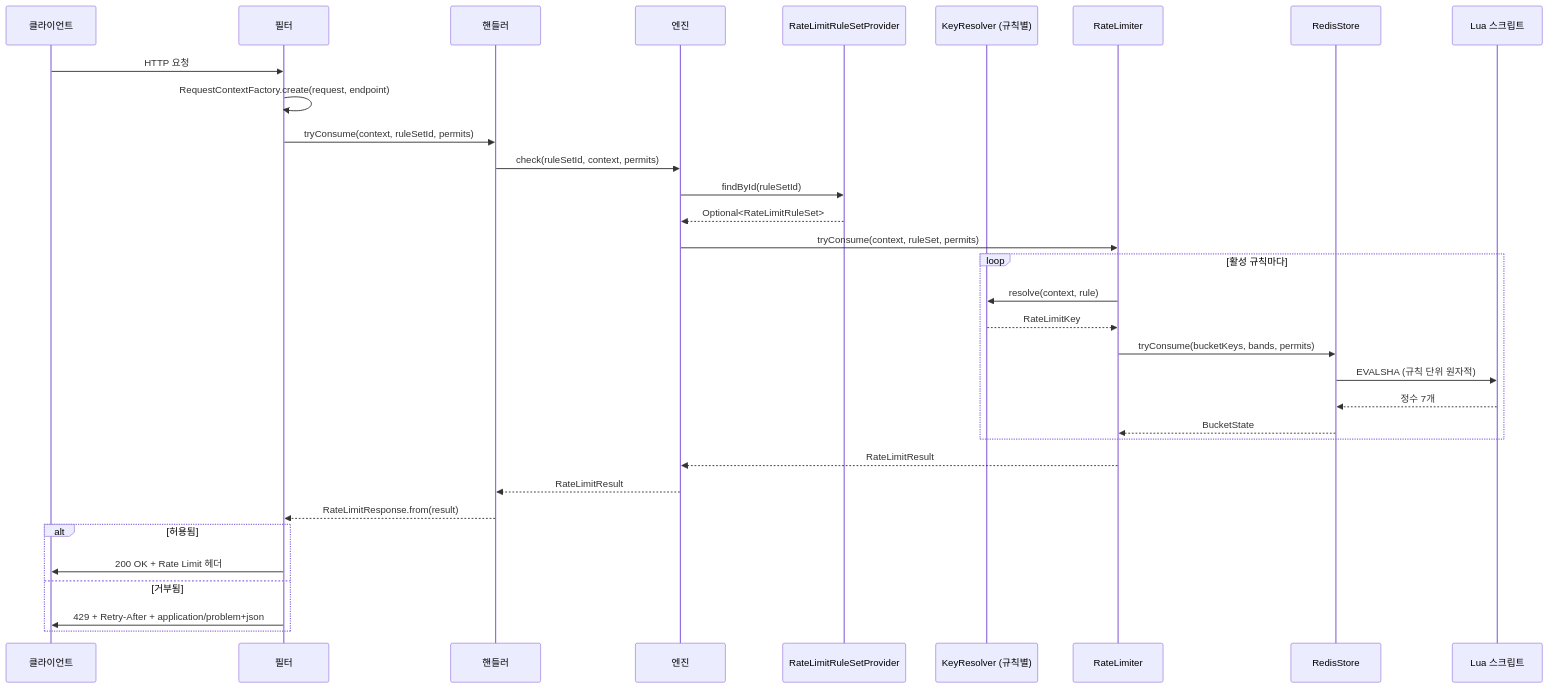
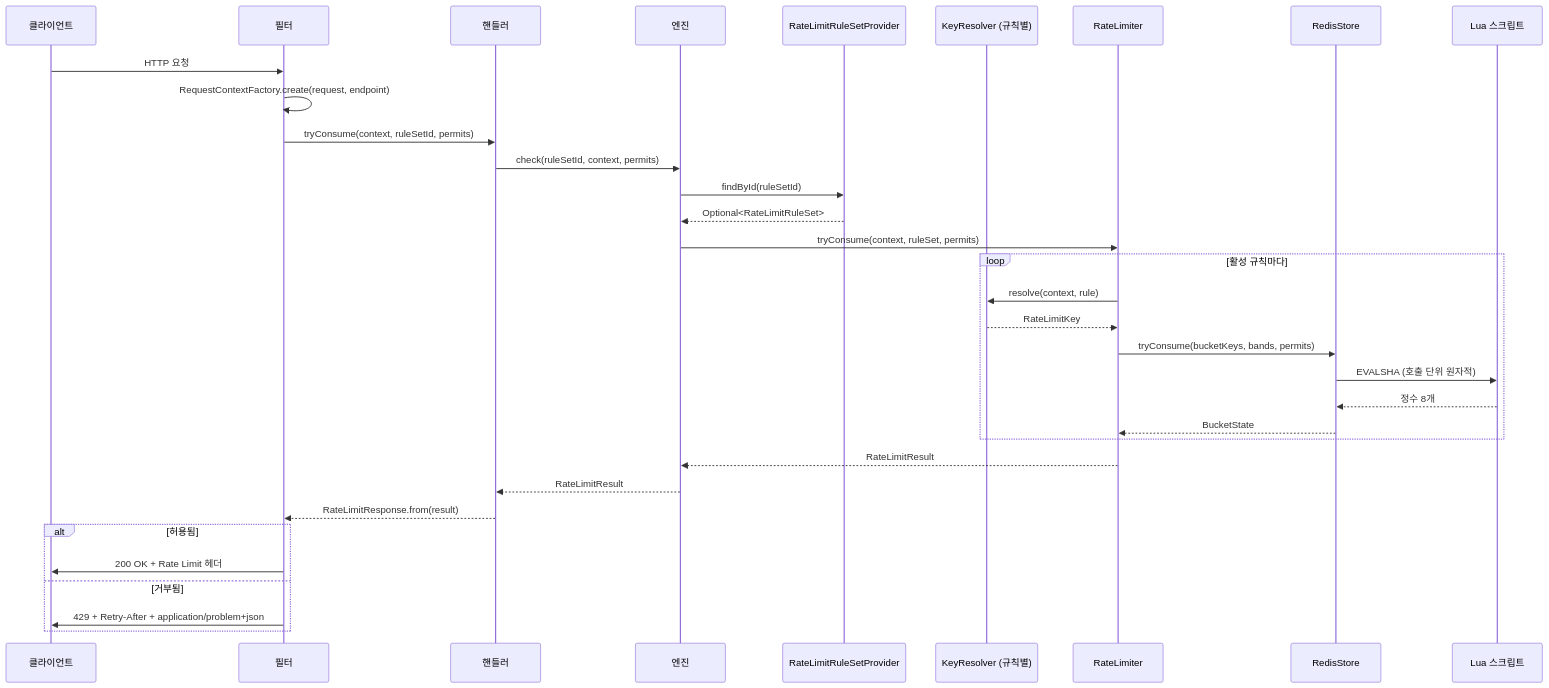
One commit to OpenFluxGate/fluxgate changed the eighth of 11 diagrams in docs/ko/architecture/README.ko.md. Above: the diagram before and after it, drawn with Mermaid. The commit also changed other lines of this file and 37 other files, not shown here.

First line of the commit message:
docs: align the changelog, guides and architecture docs with 0.4

````diff
--- a/docs/ko/architecture/README.ko.md
+++ b/docs/ko/architecture/README.ko.md
@@ -671,37 +694,37 @@
 ```mermaid
 sequenceDiagram
     participant C as 클라이언트
     participant F as 필터
     participant H as 핸들러
     participant E as 엔진
     participant P as RateLimitRuleSetProvider
     participant K as KeyResolver (규칙별)
     participant R as RateLimiter
     participant S as RedisStore
     participant L as Lua 스크립트
 
     C->>F: HTTP 요청
     F->>F: RequestContextFactory.create(request, endpoint)
     F->>H: tryConsume(context, ruleSetId, permits)
     H->>E: check(ruleSetId, context, permits)
     E->>P: findById(ruleSetId)
     P-->>E: Optional<RateLimitRuleSet>
     E->>R: tryConsume(context, ruleSet, permits)
     loop 활성 규칙마다
         R->>K: resolve(context, rule)
         K-->>R: RateLimitKey
         R->>S: tryConsume(bucketKeys, bands, permits)
-        S->>L: EVALSHA (규칙 단위 원자적)
-        L-->>S: 정수 7개
+        S->>L: EVALSHA (호출 단위 원자적)
+        L-->>S: 정수 8개
         S-->>R: BucketState
     end
     R-->>E: RateLimitResult
     E-->>H: RateLimitResult
     H-->>F: RateLimitResponse.from(result)
 
     alt 허용됨
         F->>C: 200 OK + Rate Limit 헤더
     else 거부됨
         F->>C: 429 + Retry-After + application/problem+json
     end
 ```
````
